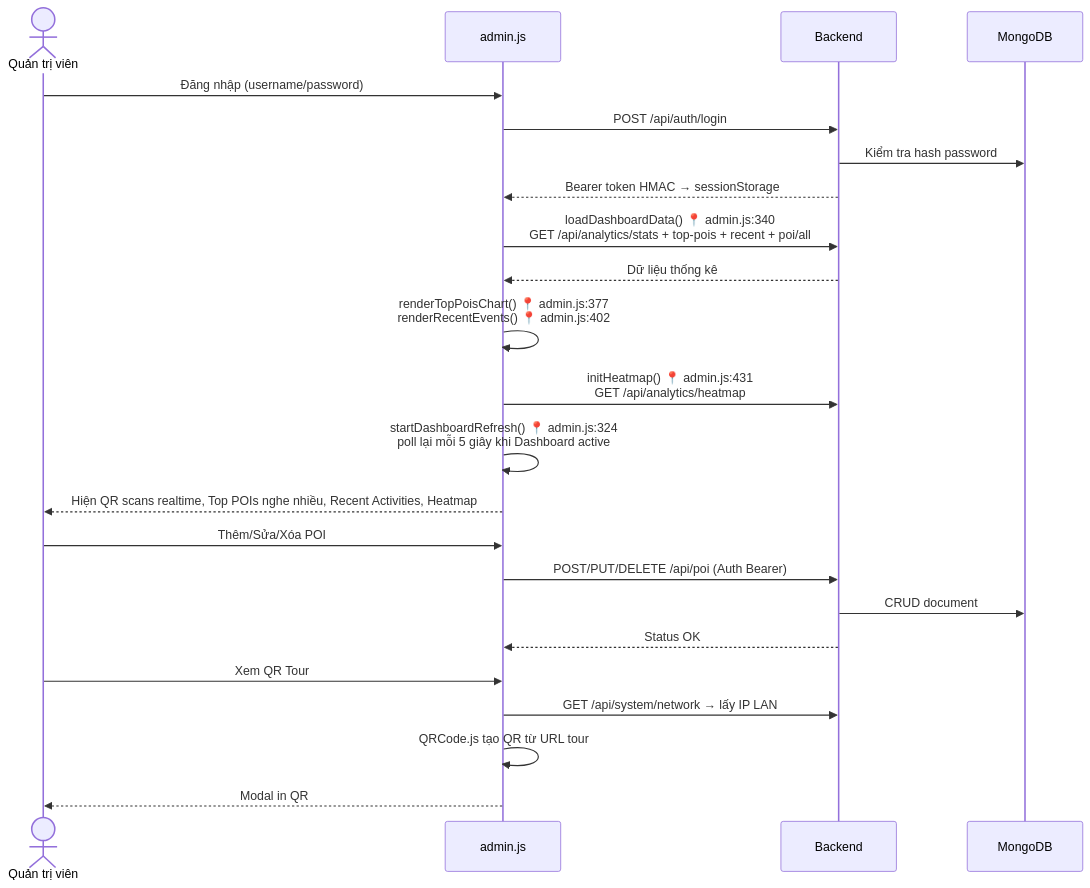
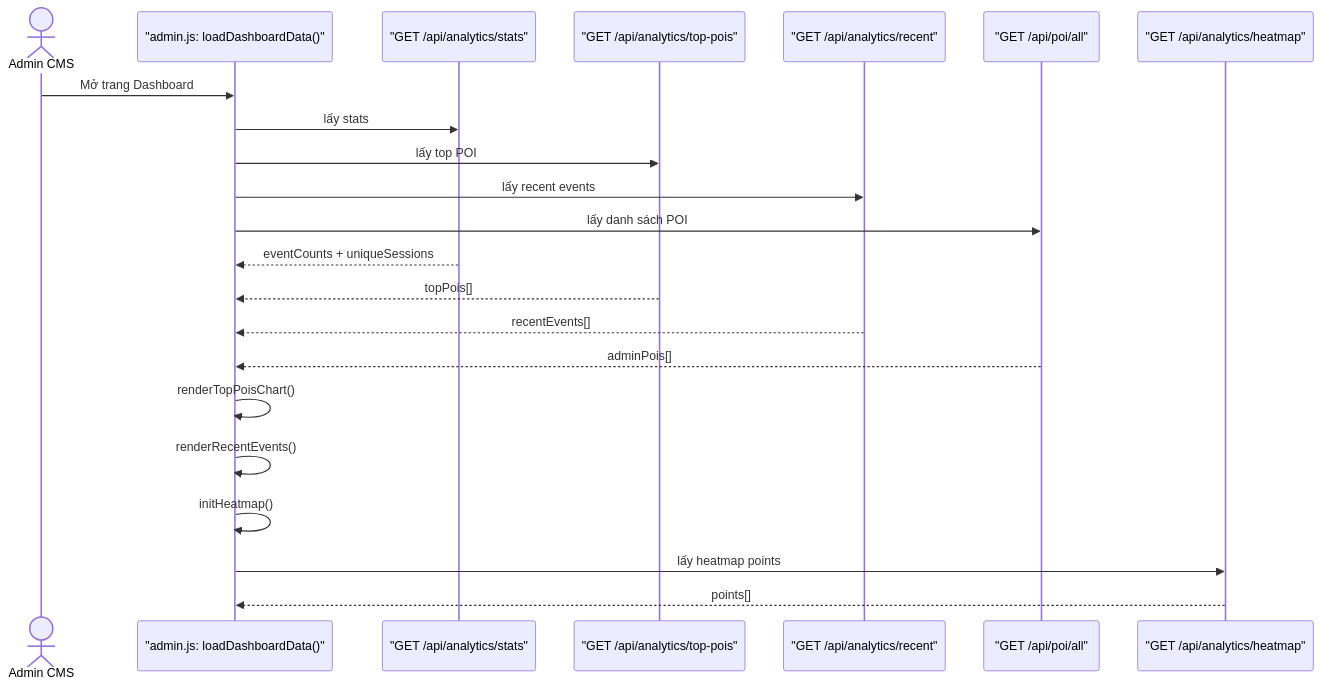
Before and after one commit to Hzyl/CShape: the second of 6 diagrams in PRD_VinhKhanh_Final2.md, drawn with Mermaid. The commit also changed other lines of this file and 46 other files, not shown here.

````diff
--- a/PRD_VinhKhanh_Final2.md
+++ b/PRD_VinhKhanh_Final2.md
@@ -294,29 +282,25 @@
 ```mermaid
 sequenceDiagram
-    actor Admin as Quản trị viên
-    participant Web as admin.js
-    participant API as Backend
-    participant DB as MongoDB
+    actor Admin as Admin CMS
+    participant Frontend as "admin.js: loadDashboardData()"
+    participant Stats as "GET /api/analytics/stats"
+    participant TopPois as "GET /api/analytics/top-pois"
+    participant Recent as "GET /api/analytics/recent"
+    participant PoiAll as "GET /api/poi/all"
+    participant Heatmap as "GET /api/analytics/heatmap"
 
-    Admin->>Web: Đăng nhập (username/password)
-    Web->>API: POST /api/auth/login
-    API->>DB: Kiểm tra hash password
-    API-->>Web: Bearer token HMAC → sessionStorage
-
-    Web->>API: loadDashboardData() 📍 admin.js:340<br/>GET /api/analytics/stats + top-pois + recent + poi/all
-    API-->>Web: Dữ liệu thống kê
-    Web->>Web: renderTopPoisChart() 📍 admin.js:377<br/>renderRecentEvents() 📍 admin.js:402
-    Web->>API: initHeatmap() 📍 admin.js:431<br/>GET /api/analytics/heatmap
-    Web->>Web: startDashboardRefresh() 📍 admin.js:324<br/>poll lại mỗi 5 giây khi Dashboard active
-    Web-->>Admin: Hiện QR scans realtime, Top POIs nghe nhiều, Recent Activities, Heatmap
-
-    Admin->>Web: Thêm/Sửa/Xóa POI
-    Web->>API: POST/PUT/DELETE /api/poi (Auth Bearer)
-    API->>DB: CRUD document
-    API-->>Web: Status OK
-
-    Admin->>Web: Xem QR Tour
-    Web->>API: GET /api/system/network → lấy IP LAN
-    Web->>Web: QRCode.js tạo QR từ URL tour
-    Web-->>Admin: Modal in QR
+    Admin->>Frontend: Mở trang Dashboard
+    Frontend->>Stats: lấy stats
+    Frontend->>TopPois: lấy top POI
+    Frontend->>Recent: lấy recent events
+    Frontend->>PoiAll: lấy danh sách POI
+    Stats-->>Frontend: eventCounts + uniqueSessions
+    TopPois-->>Frontend: topPois[]
+    Recent-->>Frontend: recentEvents[]
+    PoiAll-->>Frontend: adminPois[]
+    Frontend->>Frontend: renderTopPoisChart()
+    Frontend->>Frontend: renderRecentEvents()
+    Frontend->>Frontend: initHeatmap()
+    Frontend->>Heatmap: lấy heatmap points
+    Heatmap-->>Frontend: points[]
 ```
````
